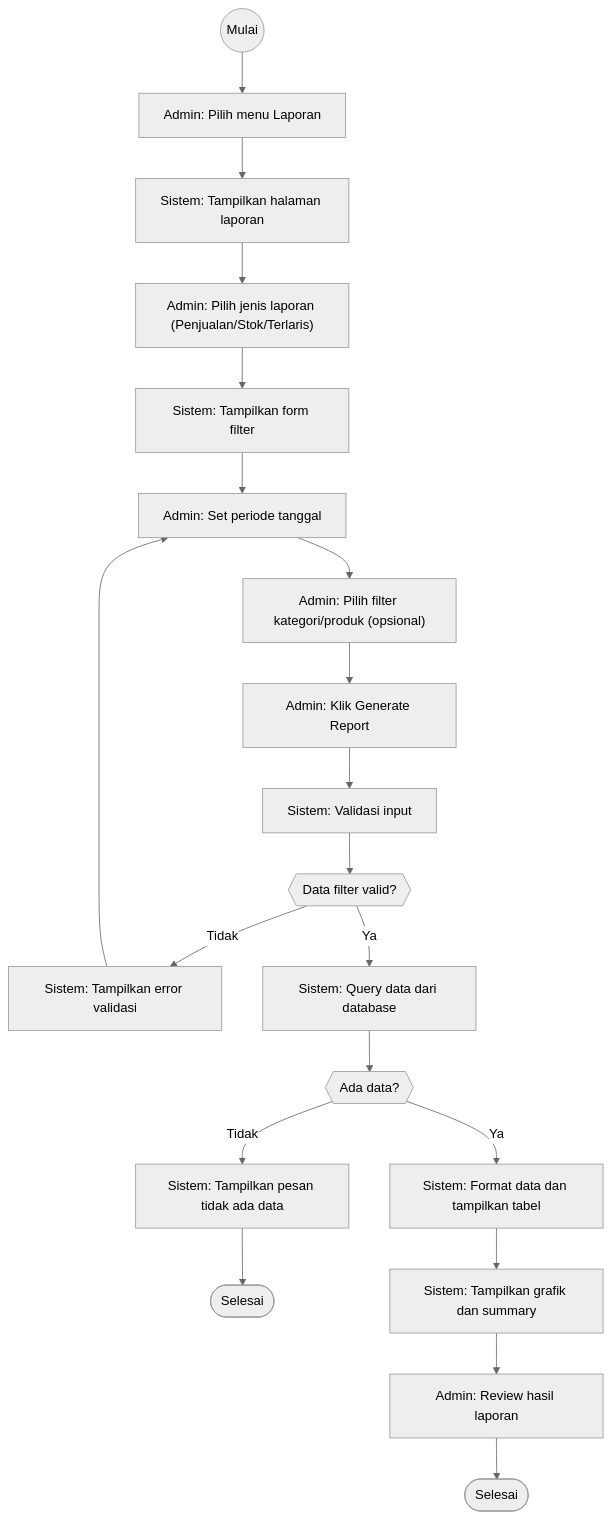
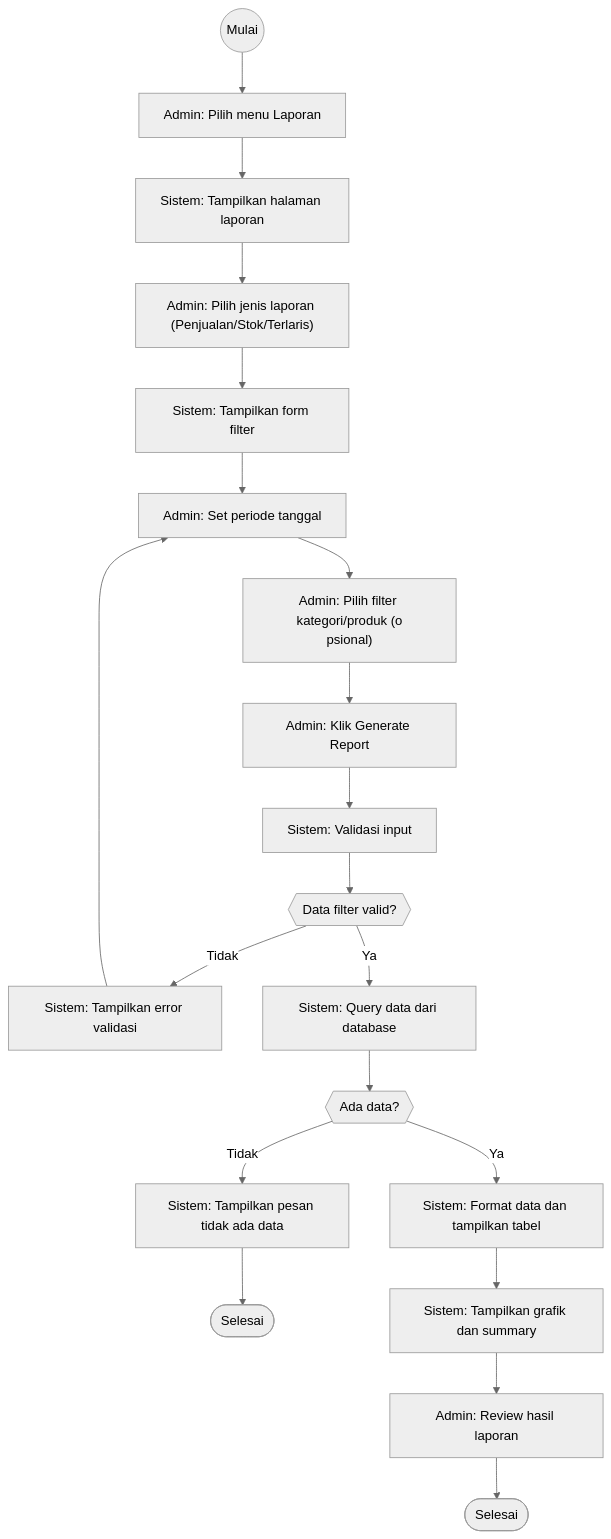
Before and after one commit to devWebs01/POS-DW: diagram 20 of 40 in docs/4.2-perancangan-sistem.md, drawn with Mermaid (neutral theme). The commit also changed other lines of this file, not shown here.

````diff
--- a/docs/4.2-perancangan-sistem.md
+++ b/docs/4.2-perancangan-sistem.md
@@ -1422,32 +1519,33 @@
 ```mermaid
 flowchart TD
   start((Mulai))
   A_A["Admin: Pilih menu Laporan"]
   start --> A_A
   S_A["Sistem: Tampilkan halaman laporan"]
   A_A --> S_A
   A_B["Admin: Pilih jenis laporan (Penjualan/Stok/Terlaris)"]
   S_A --> A_B
   S_B["Sistem: Tampilkan form filter"]
   A_B --> S_B
   A_C["Admin: Set periode tanggal"]
   S_B --> A_C
-  A_D["Admin: Pilih filter kategori/produk (opsional)"]
+  A_D["Admin: Pilih filter kategori/produk (o
+psional)"]
   A_C --> A_D
   A_E["Admin: Klik Generate Report"]
   A_D --> A_E
   S_C["Sistem: Validasi input"]
   A_E --> S_C
   D_A{{"Data filter valid?"}}
   S_C --> D_A
   D_A -->|Tidak| E_A["Sistem: Tampilkan error validasi"]
   E_A --> A_C
   D_A -->|Ya| S_D["Sistem: Query data dari database"]
   S_D --> D_B{{"Ada data?"}}
   D_B -->|Tidak| E_B["Sistem: Tampilkan pesan tidak ada data"]
   E_B --> end_empty([Selesai])
   D_B -->|Ya| S_E["Sistem: Format data dan tampilkan tabel"]
   S_E --> S_F["Sistem: Tampilkan grafik dan summary"]
   S_F --> A_F["Admin: Review hasil laporan"]
   A_F --> end_success([Selesai])
 ```
````
